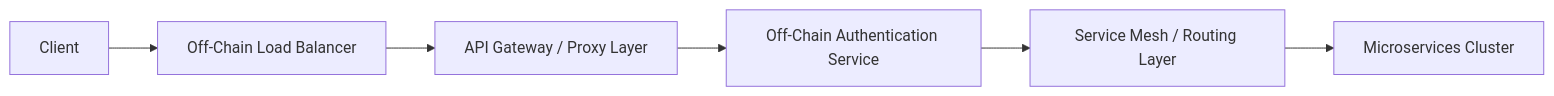
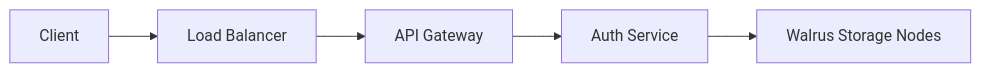
The second of 3 diagrams in technical/architecture.mdx (RivenLSCP/docs), drawn with Mermaid before and after one commit. The commit also changed other lines of this file and 12 other files, not shown here.

````diff
--- a/technical/architecture.mdx
+++ b/technical/architecture.mdx
@@ -116,8 +124,7 @@
 ```mermaid
 graph LR
-    A[Client] --> B[Off-Chain Load Balancer]
-    B --> C[API Gateway / Proxy Layer]
-    C --> D[Off-Chain Authentication Service]
-    D --> E[Service Mesh / Routing Layer]
-    E --> F[Microservices Cluster]
+    A[Client] --> B[Load Balancer]
+    B --> C[API Gateway]
+    C --> D[Auth Service]
+    D --> E[Walrus Storage Nodes]
 ```
````
